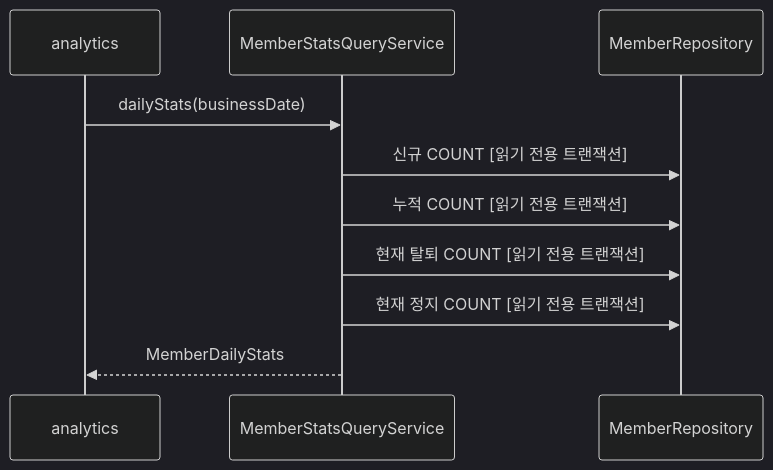
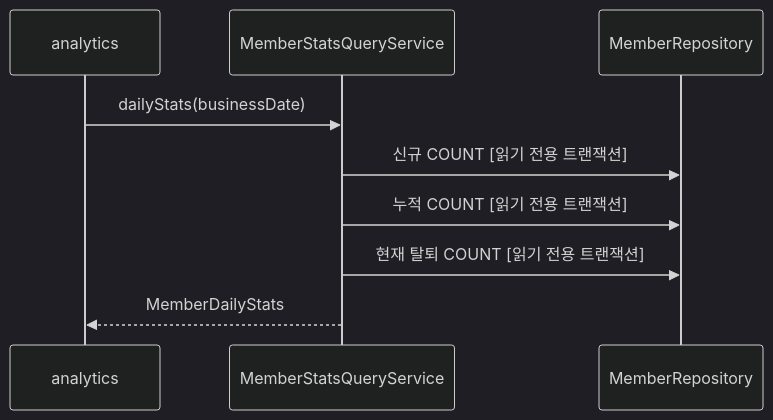
Before and after one commit to lunch-catch/lc-backend: the third of 3 diagrams in docs/design/member/member_구조와_동작_설계.md, drawn with Mermaid (dark theme). The commit also changed other lines of this file, not shown here.

````diff
--- a/docs/design/member/member_구조와_동작_설계.md
+++ b/docs/design/member/member_구조와_동작_설계.md
@@ -108,12 +106,11 @@
 ```mermaid
 sequenceDiagram
     participant A as analytics
     participant S as MemberStatsQueryService
     participant R as MemberRepository
     A->>S: dailyStats(businessDate)
     S->>R: 신규 COUNT [읽기 전용 트랜잭션]
     S->>R: 누적 COUNT [읽기 전용 트랜잭션]
     S->>R: 현재 탈퇴 COUNT [읽기 전용 트랜잭션]
-    S->>R: 현재 정지 COUNT [읽기 전용 트랜잭션]
     S-->>A: MemberDailyStats
 ```
````
